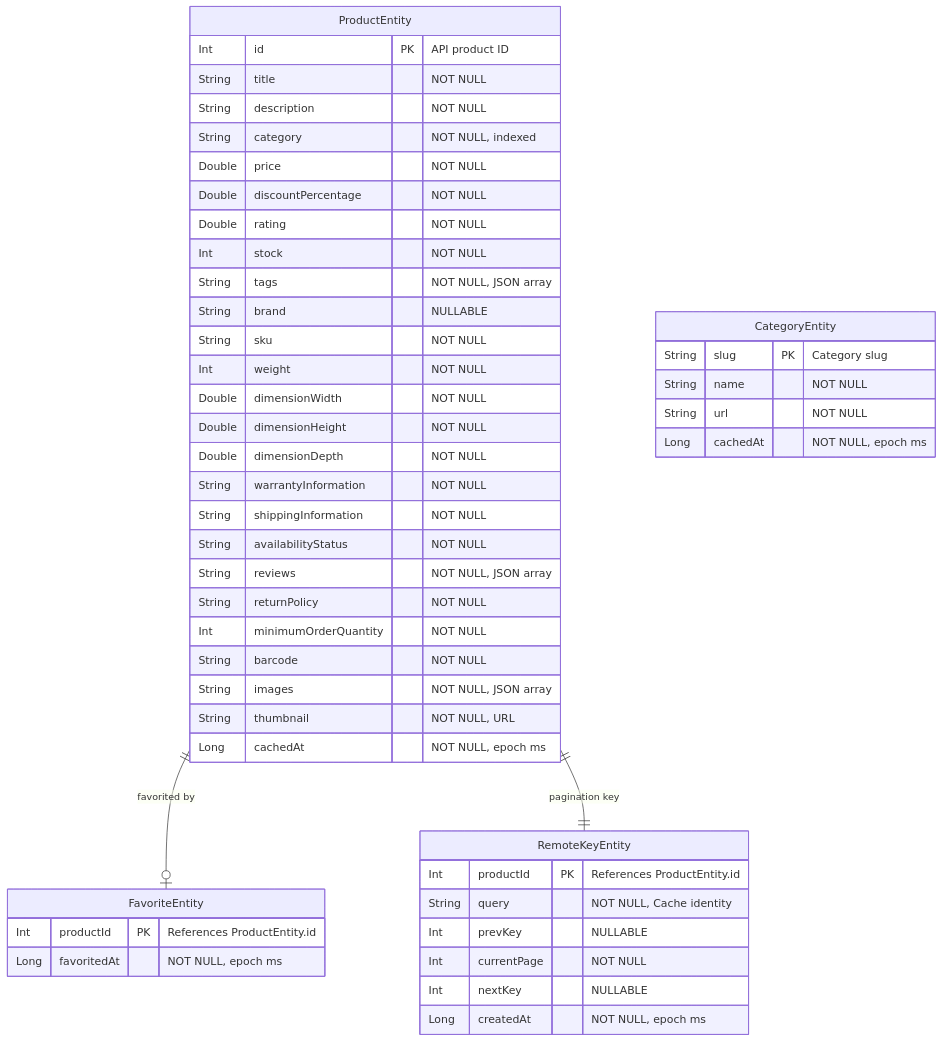
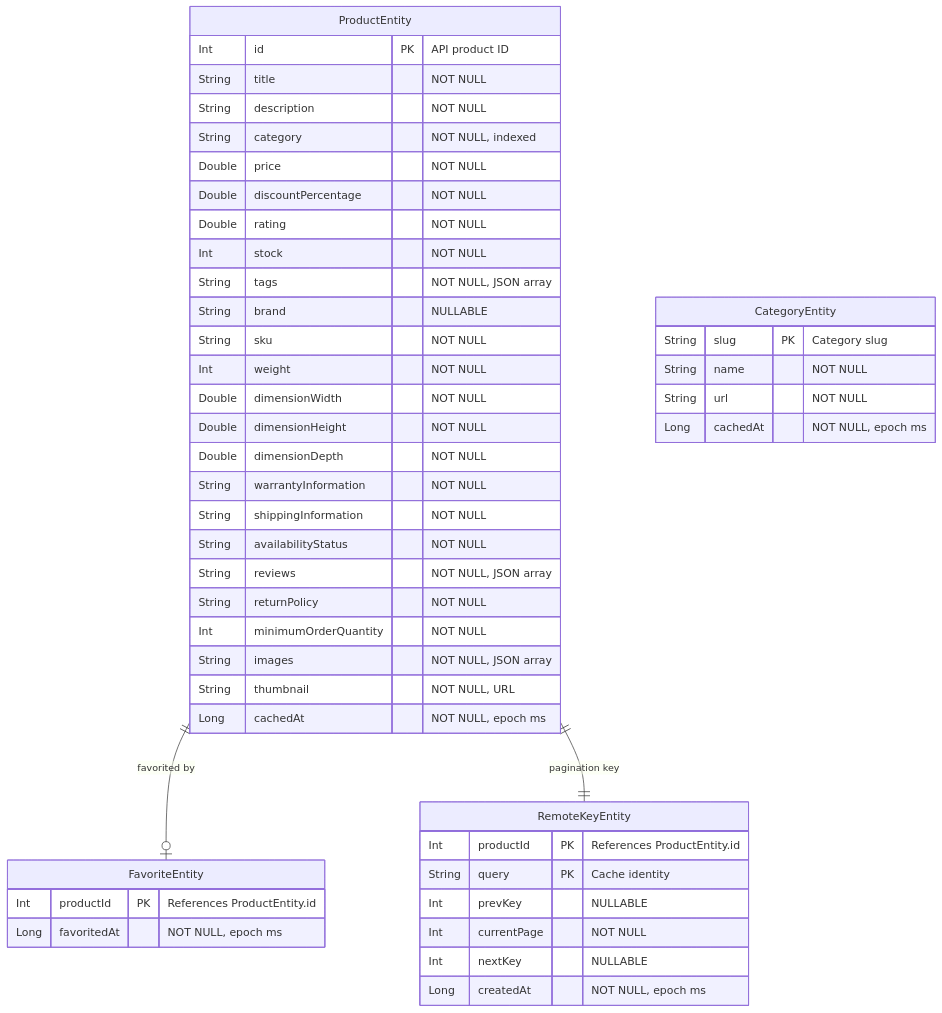
Before and after one commit to rktuhinbd/ShopFlow: the diagram in docs/03-data/ERD.md, drawn with Mermaid. The commit also changed other lines of this file and 11 other files, not shown here.

````diff
--- a/docs/03-data/ERD.md
+++ b/docs/03-data/ERD.md
@@ -10,54 +10,53 @@
 ```mermaid
 erDiagram
     ProductEntity {
         Int id PK "API product ID"
         String title "NOT NULL"
         String description "NOT NULL"
         String category "NOT NULL, indexed"
         Double price "NOT NULL"
         Double discountPercentage "NOT NULL"
         Double rating "NOT NULL"
         Int stock "NOT NULL"
         String tags "NOT NULL, JSON array"
         String brand "NULLABLE"
         String sku "NOT NULL"
         Int weight "NOT NULL"
         Double dimensionWidth "NOT NULL"
         Double dimensionHeight "NOT NULL"
         Double dimensionDepth "NOT NULL"
         String warrantyInformation "NOT NULL"
         String shippingInformation "NOT NULL"
         String availabilityStatus "NOT NULL"
         String reviews "NOT NULL, JSON array"
         String returnPolicy "NOT NULL"
         Int minimumOrderQuantity "NOT NULL"
-        String barcode "NOT NULL"
         String images "NOT NULL, JSON array"
         String thumbnail "NOT NULL, URL"
         Long cachedAt "NOT NULL, epoch ms"
     }
 
     FavoriteEntity {
         Int productId PK "References ProductEntity.id"
         Long favoritedAt "NOT NULL, epoch ms"
     }
 
     RemoteKeyEntity {
         Int productId PK "References ProductEntity.id"
-        String query "NOT NULL, Cache identity"
+        String query PK "Cache identity"
         Int prevKey "NULLABLE"
         Int currentPage "NOT NULL"
         Int nextKey "NULLABLE"
         Long createdAt "NOT NULL, epoch ms"
     }
 
     CategoryEntity {
         String slug PK "Category slug"
         String name "NOT NULL"
         String url "NOT NULL"
         Long cachedAt "NOT NULL, epoch ms"
     }
 
     ProductEntity ||--o| FavoriteEntity : "favorited by"
     ProductEntity ||--|| RemoteKeyEntity : "pagination key"
 ```
````
